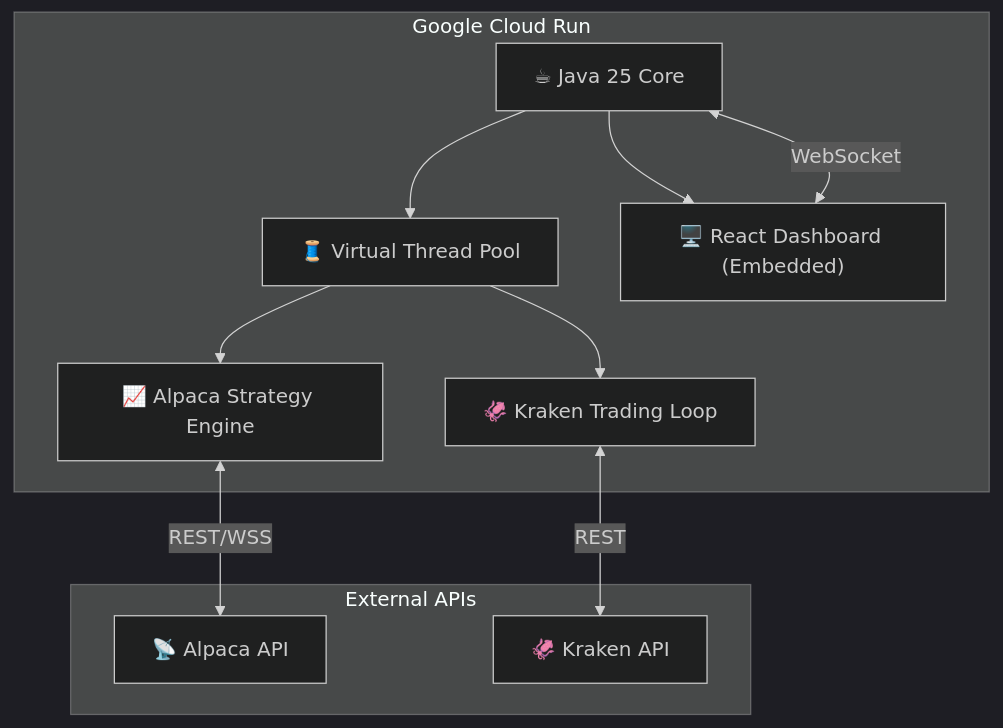
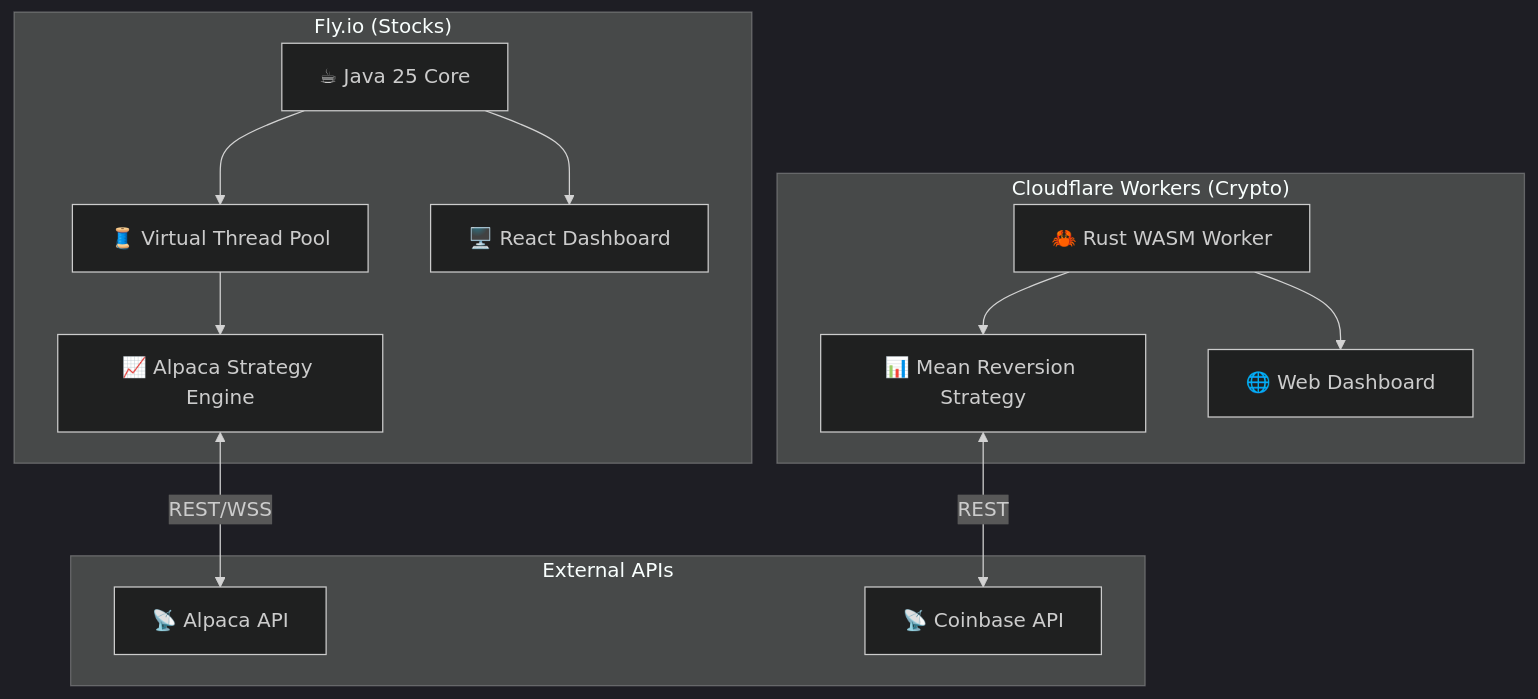
The diagram in README.md (ip888/algo-trading-platform), drawn with Mermaid (dark theme) before and after one commit. The commit also changed other lines of this file, not shown here.

Commit message:
docs: Update README - replace Kraken with Coinbase, update architecture

````diff
--- a/README.md
+++ b/README.md
@@ -23,24 +26,30 @@
 ```mermaid
 graph TD
-    subgraph "Google Cloud Run"
+    subgraph "Fly.io (Stocks)"
         JavaCore["☕ Java 25 Core"]
         VirtualThreads["🧵 Virtual Thread Pool"]
         AlpacaStrategy["📈 Alpaca Strategy Engine"]
-        KrakenStrategy["🦑 Kraken Trading Loop"]
-        Dashboard["🖥️ React Dashboard (Embedded)"]
+        Dashboard["🖥️ React Dashboard"]
         
         JavaCore --> VirtualThreads
         VirtualThreads --> AlpacaStrategy
-        VirtualThreads --> KrakenStrategy
         JavaCore --> Dashboard
+    end
+
+    subgraph "Cloudflare Workers (Crypto)"
+        RustWorker["🦀 Rust WASM Worker"]
+        CryptoStrategy["📊 Mean Reversion Strategy"]
+        WebUI["🌐 Web Dashboard"]
+        
+        RustWorker --> CryptoStrategy
+        RustWorker --> WebUI
     end
 
     subgraph "External APIs"
         AlpacaAPI["📡 Alpaca API"]
-        KrakenAPI["🦑 Kraken API"]
+        CoinbaseAPI["📡 Coinbase API"]
     end
 
     AlpacaStrategy <-->|REST/WSS| AlpacaAPI
-    KrakenStrategy <-->|REST| KrakenAPI
-    Dashboard <-->|WebSocket| JavaCore
+    CryptoStrategy <-->|REST| CoinbaseAPI
 ```
````
